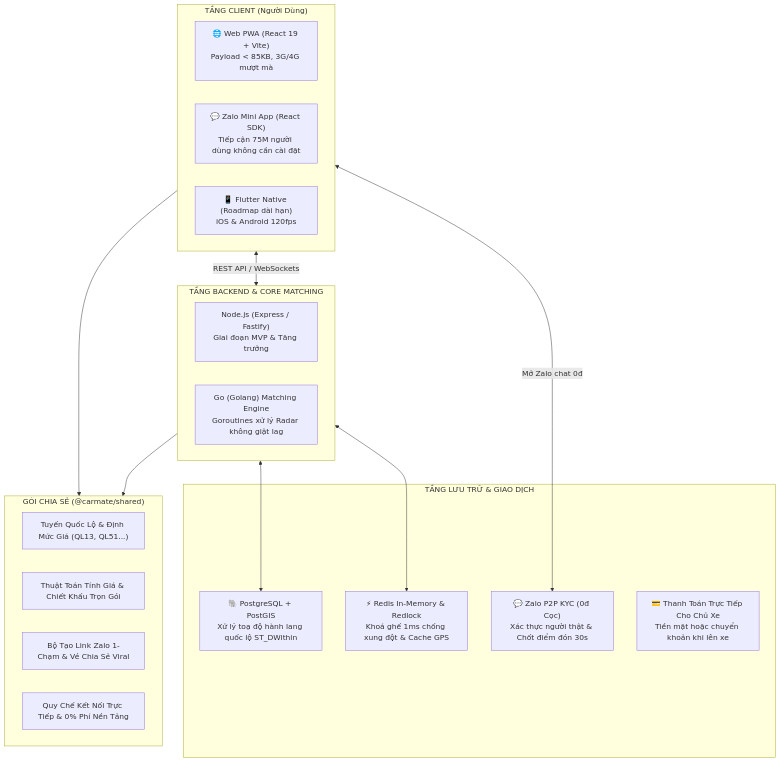
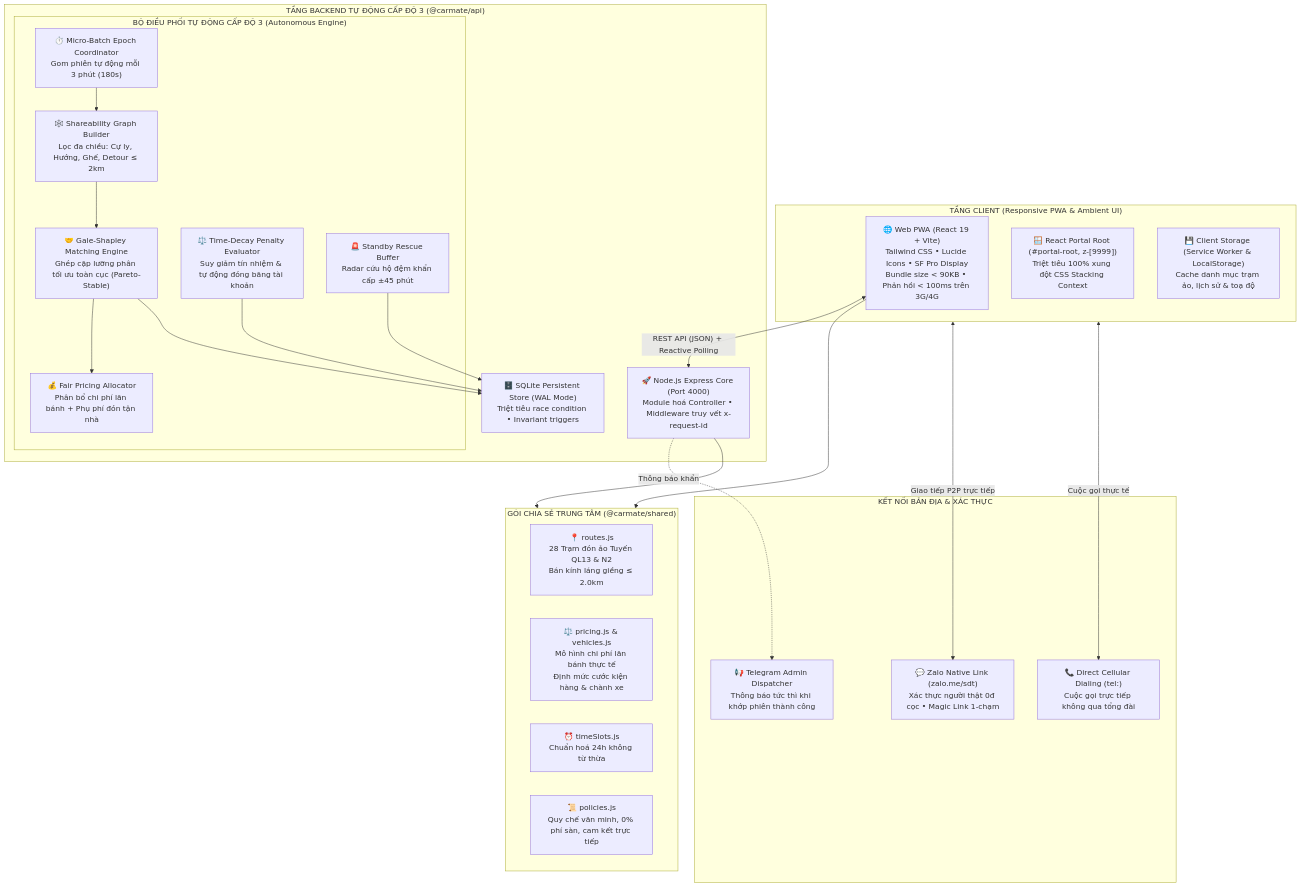
Before and after one commit to brianhuynh2021/carmate: the first of 5 diagrams in ARCHITECTURE.md, drawn with Mermaid. The commit also changed other lines of this file, not shown here.

Commit message:
docs: overhaul system architecture and document mathematical foundations for Level 3 engine

````diff
--- a/ARCHITECTURE.md
+++ b/ARCHITECTURE.md
@@ -10,34 +30,49 @@
 ```mermaid
 graph TB
-    subgraph CLIENT_TIER ["TẦNG CLIENT (Người Dùng)"]
-        WebPWA["🌐 Web PWA (React 19 + Vite)<br>Payload < 85KB, 3G/4G mượt mà"]
-        ZaloMini["💬 Zalo Mini App (React SDK)<br>Tiếp cận 75M người dùng không cần cài đặt"]
-        MobileApp["📱 Flutter Native (Roadmap dài hạn)<br>iOS & Android 120fps"]
+    subgraph CLIENT_TIER ["TẦNG CLIENT (Responsive PWA & Ambient UI)"]
+        PWA["🌐 Web PWA (React 19 + Vite)<br>Tailwind CSS • Lucide Icons • SF Pro Display<br>Bundle size < 90KB • Phản hồi < 100ms trên 3G/4G"]
+        PortalLayer["🪟 React Portal Root (#portal-root, z-[9999])<br>Triệt tiêu 100% xung đột CSS Stacking Context"]
+        OfflineCache["💾 Client Storage (Service Worker & LocalStorage)<br>Cache danh mục trạm ảo, lịch sử & toạ độ"]
     end
 
-    subgraph SHARED_CORE ["GÓI CHIA SẺ (@carmate/shared)"]
-        RoutesConst["Tuyến Quốc Lộ & Định Mức Giá (QL13, QL51...)"]
-        PricingEngine["Thuật Toán Tính Giá & Chiết Khấu Trọn Gói"]
-        ZaloHelper["Bộ Tạo Link Zalo 1-Chạm & Vé Chia Sẻ Viral"]
-        Policies["Quy Chế Kết Nối Trực Tiếp & 0% Phí Nền Tảng"]
+    subgraph SHARED_CORE ["GÓI CHIA SẺ TRUNG TÂM (@carmate/shared)"]
+        RoutesConst["📍 routes.js<br>28 Trạm đón ảo Tuyến QL13 & N2<br>Bán kính láng giềng ≤ 2.0km"]
+        PricingMath["⚖️ pricing.js & vehicles.js<br>Mô hình chi phí lăn bánh thực tế<br>Định mức cước kiện hàng & chành xe"]
+        TimeSlots["⏰ timeSlots.js<br>Chuẩn hoá 24h không từ thừa"]
+        PoliciesConst["📜 policies.js<br>Quy chế văn minh, 0% phí sàn, cam kết trực tiếp"]
     end
 
-    subgraph API_GATEWAY ["TẦNG BACKEND & CORE MATCHING"]
-        NodeAPI["Node.js (Express / Fastify)<br>Giai đoạn MVP & Tăng trưởng"]
-        GoCore["Go (Golang) Matching Engine<br>Goroutines xử lý Radar không giật lag"]
+    subgraph API_TIER ["TẦNG BACKEND TỰ ĐỘNG CẤP ĐỘ 3 (@carmate/api)"]
+        ExpressApp["🚀 Node.js Express Core (Port 4000)<br>Module hoá Controller • Middleware truy vết x-request-id"]
+        
+        subgraph ENGINE_LEVEL3 ["BỘ ĐIỀU PHỐI TỰ ĐỘNG CẤP ĐỘ 3 (Autonomous Engine)"]
+            BatchScheduler["⏱️ Micro-Batch Epoch Coordinator<br>Gom phiên tự động mỗi 3 phút (180s)"]
+            GraphBuilder["🕸️ Shareability Graph Builder<br>Lọc đa chiều: Cự ly, Hướng, Ghế, Detour ≤ 2km"]
+            GaleShapleyCore["🤝 Gale-Shapley Matching Engine<br>Ghép cặp lưỡng phân tối ưu toàn cục (Pareto-Stable)"]
+            ShapleyFairPricing["💰 Fair Pricing Allocator<br>Phân bổ chi phí lăn bánh + Phụ phí đón tận nhà"]
+            TimeDecayPenalty["⚖️ Time-Decay Penalty Evaluator<br>Suy giảm tín nhiệm & tự động đóng băng tài khoản"]
+            StandbyRadar["🚨 Standby Rescue Buffer<br>Radar cứu hộ đệm khẩn cấp ±45 phút"]
+        end
+
+        StoreEngine["🗄️ SQLite Persistent Store (WAL Mode)<br>Triệt tiêu race condition • Invariant triggers"]
     end
 
-    subgraph DATA_TIER ["TẦNG LƯU TRỮ & GIAO DỊCH"]
-        Postgres["🐘 PostgreSQL + PostGIS<br>Xử lý toạ độ hành lang quốc lộ ST_DWithin"]
-        Redis["⚡ Redis In-Memory & Redlock<br>Khoá ghế 1ms chống xung đột & Cache GPS"]
-        ZaloKYC["💬 Zalo P2P KYC (0đ Cọc)<br>Xác thực người thật & Chốt điểm đón 30s"]
-        DirectPayment["💳 Thanh Toán Trực Tiếp Cho Chủ Xe<br>Tiền mặt hoặc chuyển khoản khi lên xe"]
+    subgraph EXTERNAL_INTEGRATIONS ["KẾT NỐI BẢN ĐỊA & XÁC THỰC"]
+        ZaloP2P["💬 Zalo Native Link (zalo.me/sdt)<br>Xác thực người thật 0đ cọc • Magic Link 1-chạm"]
+        DirectDial["📞 Direct Cellular Dialing (tel:)<br>Cuộc gọi trực tiếp không qua tổng đài"]
+        TelegramAlerts["📢 Telegram Admin Dispatcher<br>Thông báo tức thì khi khớp phiên thành công"]
     end
 
-    CLIENT_TIER --> SHARED_CORE
-    API_GATEWAY --> SHARED_CORE
-    CLIENT_TIER <-->|"REST API / WebSockets"| API_GATEWAY
-    API_GATEWAY <--> Postgres
-    API_GATEWAY <--> Redis
-    CLIENT_TIER <-->|"Mở Zalo chat 0đ"| ZaloKYC
+    PWA --> SHARED_CORE
+    ExpressApp --> SHARED_CORE
+    PWA <-->|"REST API (JSON) + Reactive Polling"| ExpressApp
+    BatchScheduler --> GraphBuilder
+    GraphBuilder --> GaleShapleyCore
+    GaleShapleyCore --> ShapleyFairPricing
+    GaleShapleyCore --> StoreEngine
+    TimeDecayPenalty --> StoreEngine
+    StandbyRadar --> StoreEngine
+    CLIENT_TIER <-->|"Giao tiếp P2P trực tiếp"| ZaloP2P
+    CLIENT_TIER <-->|"Cuộc gọi thực tế"| DirectDial
+    ExpressApp -.->|"Thông báo khẩn"| TelegramAlerts
 ```
````
